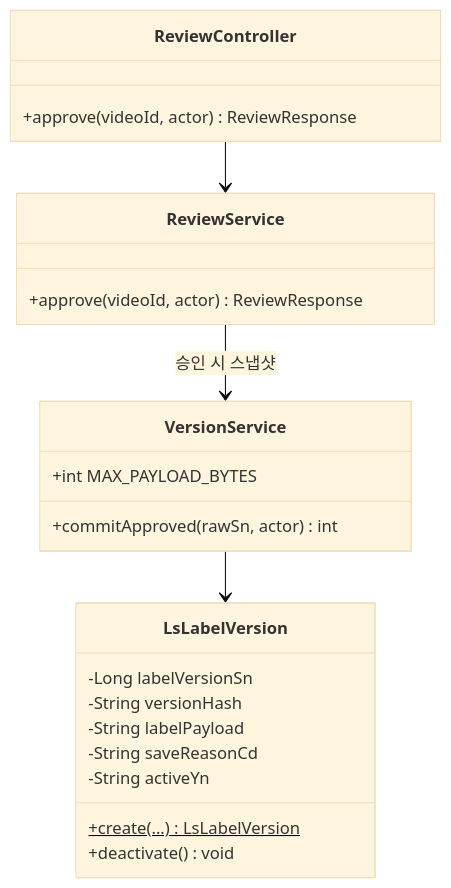
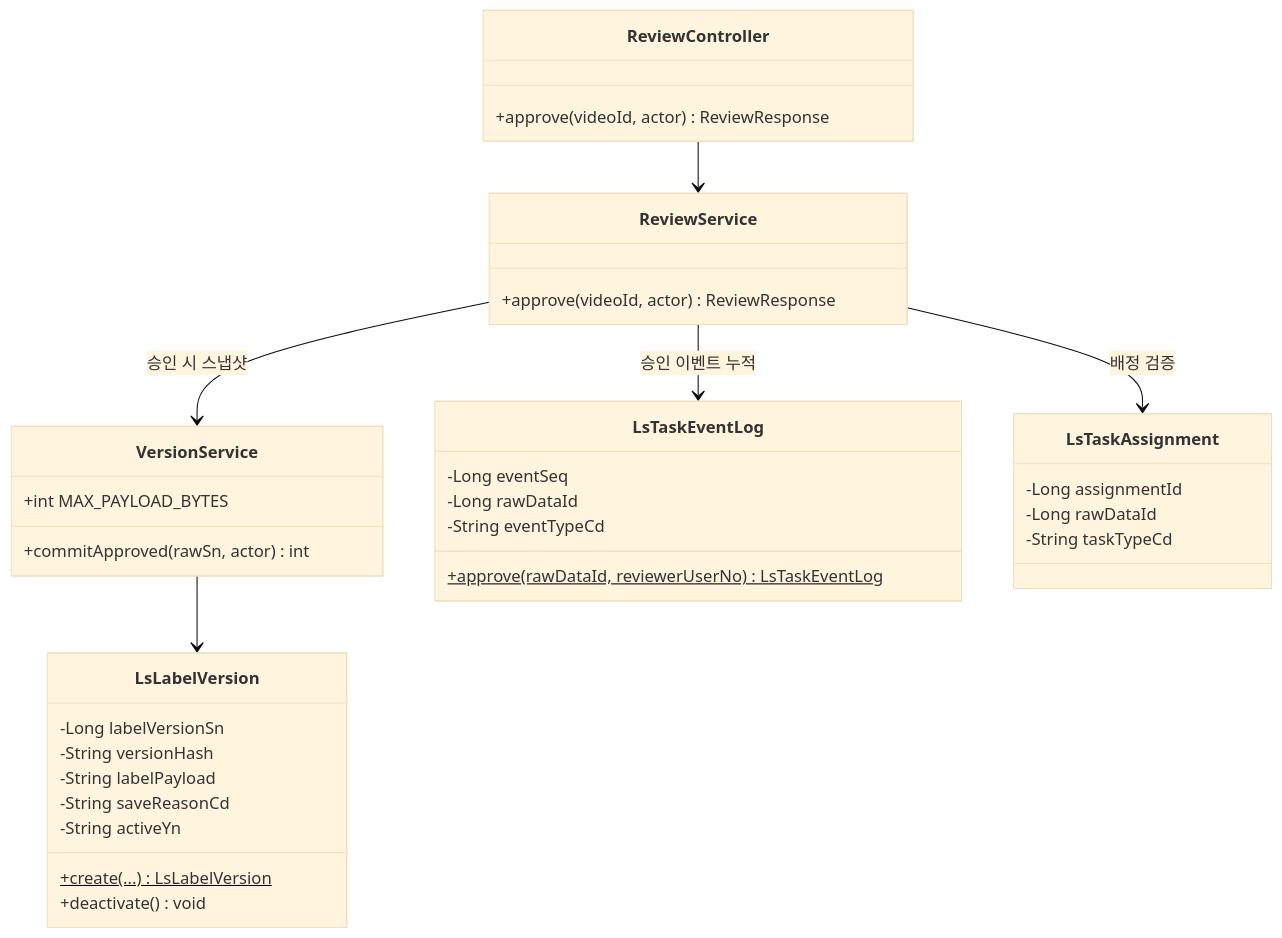
One commit to New-stella/klid-label changed diagram 29 of 44 in docs/design/D1-클래스설계서.md. Above: the diagram before and after it, drawn with Mermaid (base theme). The commit also changed other lines of this file and 3 other files, not shown here.

````diff
--- a/docs/design/D1-클래스설계서.md
+++ b/docs/design/D1-클래스설계서.md
@@ -1017,26 +1566,39 @@
 ```mermaid
 classDiagram
     class ReviewController {
         +approve(videoId, actor) ReviewResponse
     }
     class ReviewService {
         +approve(videoId, actor) ReviewResponse
     }
     class VersionService {
         +int MAX_PAYLOAD_BYTES
         +commitApproved(rawSn, actor) int
     }
     class LsLabelVersion {
         -Long labelVersionSn
         -String versionHash
         -String labelPayload
         -String saveReasonCd
         -String activeYn
         +create(...)$ LsLabelVersion
         +deactivate() void
     }
+    class LsTaskEventLog {
+        -Long eventSeq
+        -Long rawDataId
+        -String eventTypeCd
+        +approve(rawDataId, reviewerUserNo)$ LsTaskEventLog
+    }
+    class LsTaskAssignment {
+        -Long assignmentId
+        -Long rawDataId
+        -String taskTypeCd
+    }
 
     ReviewController --> ReviewService
     ReviewService --> VersionService : 승인 시 스냅샷
+    ReviewService --> LsTaskEventLog : 승인 이벤트 누적
+    ReviewService --> LsTaskAssignment : 배정 검증
     VersionService --> LsLabelVersion
 ```
````
